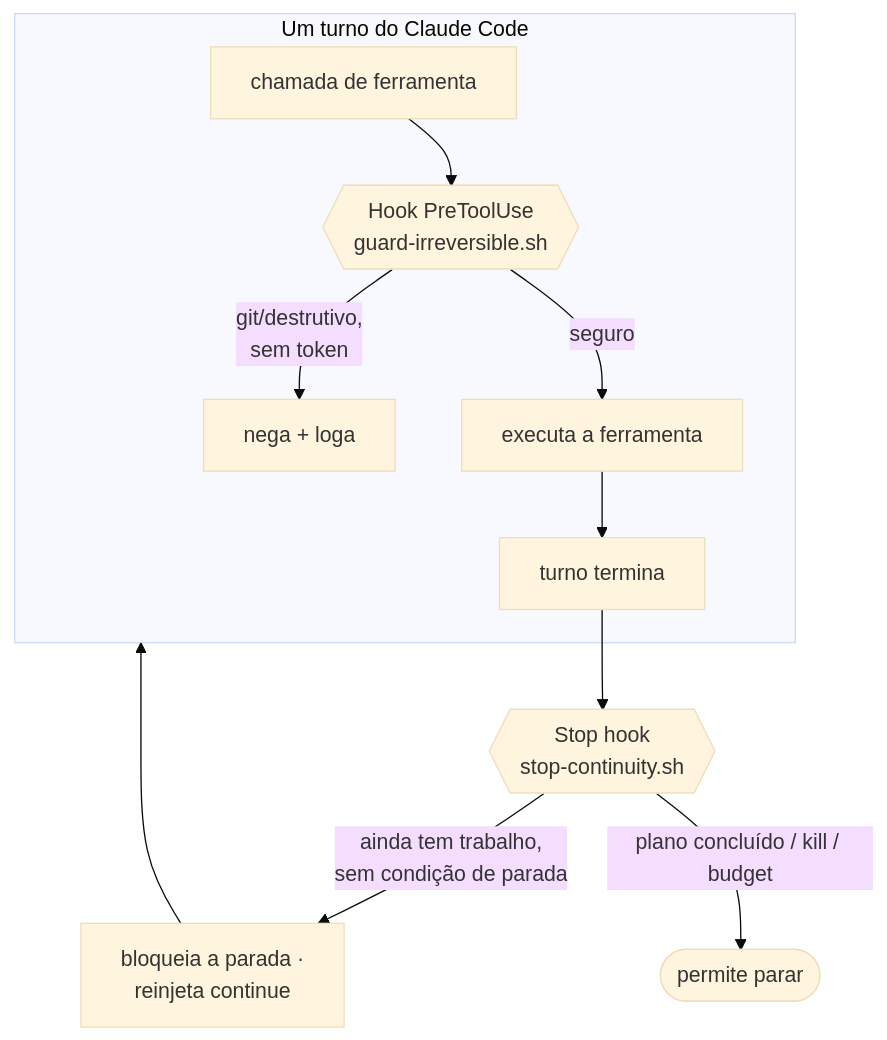
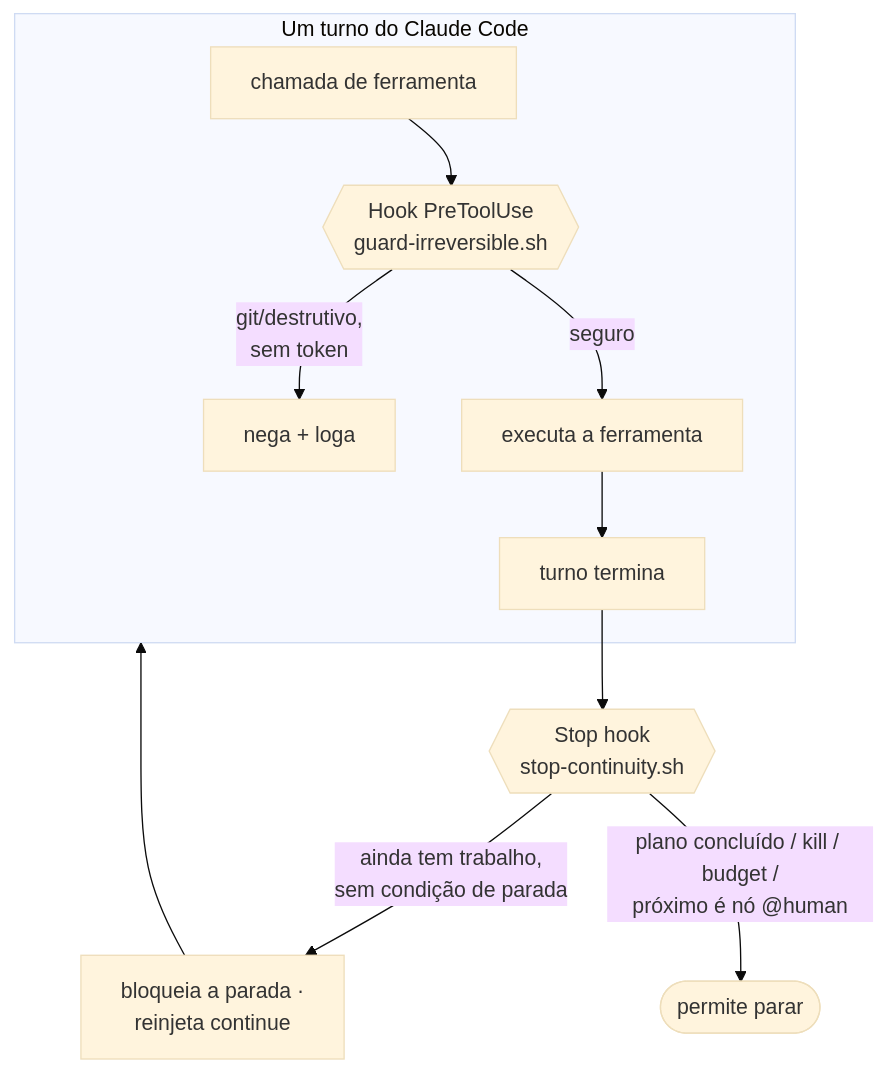
The first of 2 diagrams in docs/architecture/in-session.pt-BR.md (Jonhvmp/leopold), drawn with Mermaid (base theme) before and after one commit. The commit also changed other lines of this file and 69 other files, not shown here.

````diff
--- a/docs/architecture/in-session.pt-BR.md
+++ b/docs/architecture/in-session.pt-BR.md
@@ -15,13 +15,13 @@
 ```mermaid
 flowchart TB
     subgraph Turn["Um turno do Claude Code"]
         TC["chamada de ferramenta"] --> PRE{{"Hook PreToolUse<br/>guard-irreversible.sh"}}
         PRE -- "seguro" --> EXEC["executa a ferramenta"]
         PRE -- "git/destrutivo,<br/>sem token" --> DENY["nega + loga"]
         EXEC --> ENDTURN["turno termina"]
     end
     ENDTURN --> STOP{{"Stop hook<br/>stop-continuity.sh"}}
     STOP -- "ainda tem trabalho,<br/>sem condição de parada" --> CONT["bloqueia a parada ·<br/>reinjeta continue"]
-    STOP -- "plano concluído / kill / budget" --> HALT([permite parar])
+    STOP -- "plano concluído / kill / budget /<br/>próximo é nó @human" --> HALT([permite parar])
     CONT --> Turn
 ```
````
